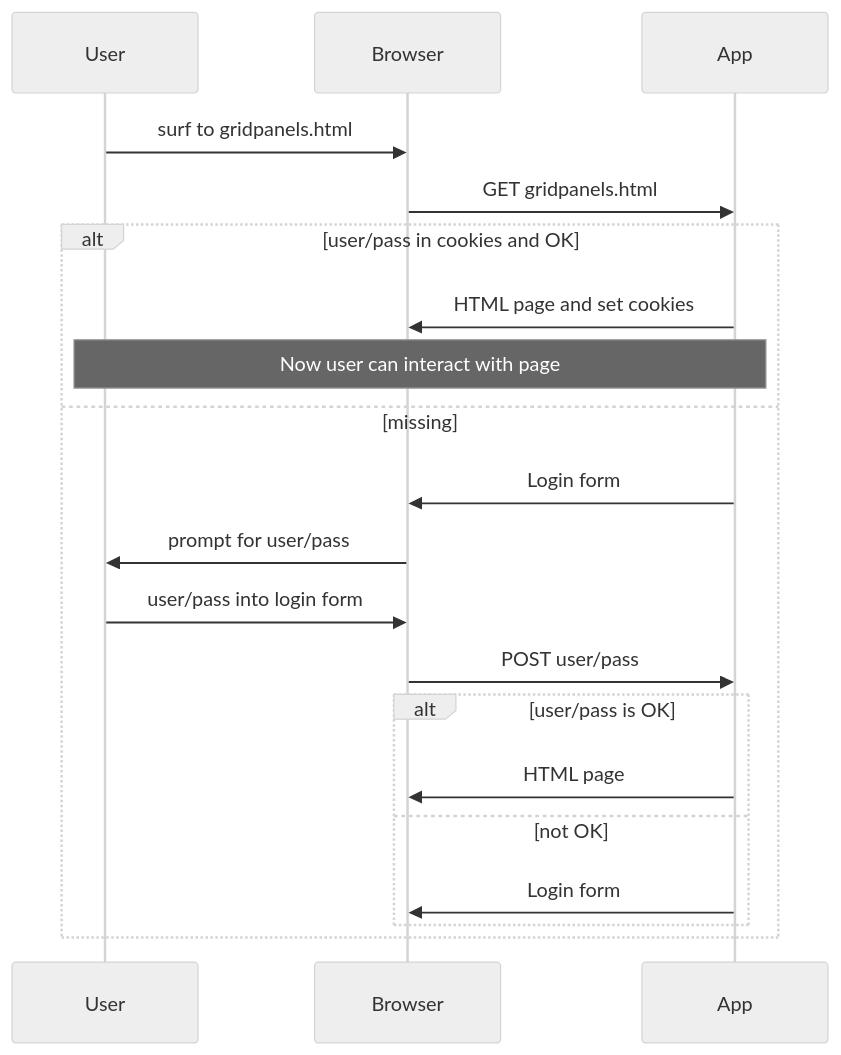
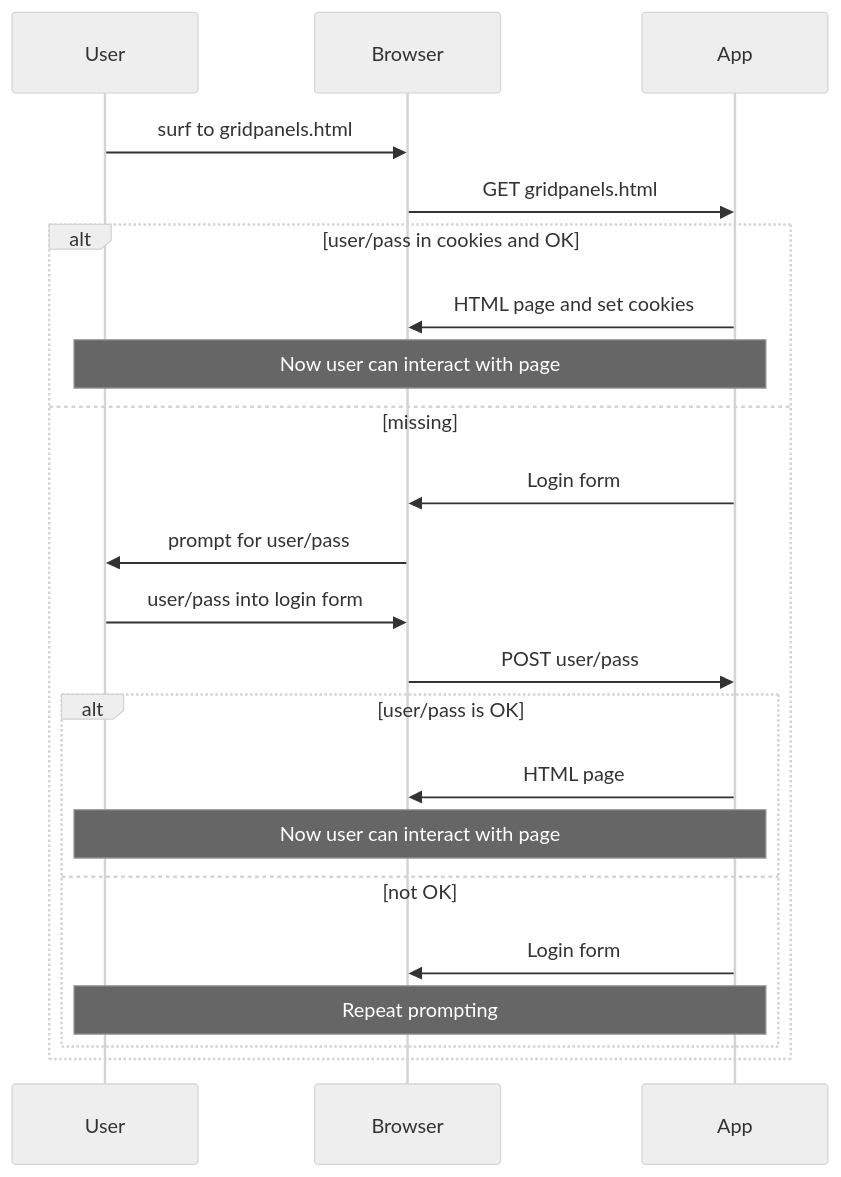
Before and after one commit to skannea/balder: the second of 3 diagrams in git.md, drawn with Mermaid (neutral theme).

Commit message:
La till repeat prompting

````diff
--- a/git.md
+++ b/git.md
@@ -45,23 +45,25 @@
 ```mermaid
 sequenceDiagram
     participant User
     participant Browser
     participant App
 
     User->>Browser: surf to gridpanels.html
     Browser->>App: GET gridpanels.html 
     alt user/pass in cookies and OK
         App->>Browser: HTML page and set cookies
         Note over App,User: Now user can interact with page
     else missing
         App->>Browser: Login form
         Browser->>User: prompt for user/pass
         User->>Browser: user/pass into login form
         Browser->>App: POST user/pass 
         alt user/pass is OK
             App->>Browser: HTML page
+            Note over App,User: Now user can interact with page
         else not OK
             App->>Browser: Login form
+            Note over App,User: Repeat prompting
         end
     end    
  ```
````
